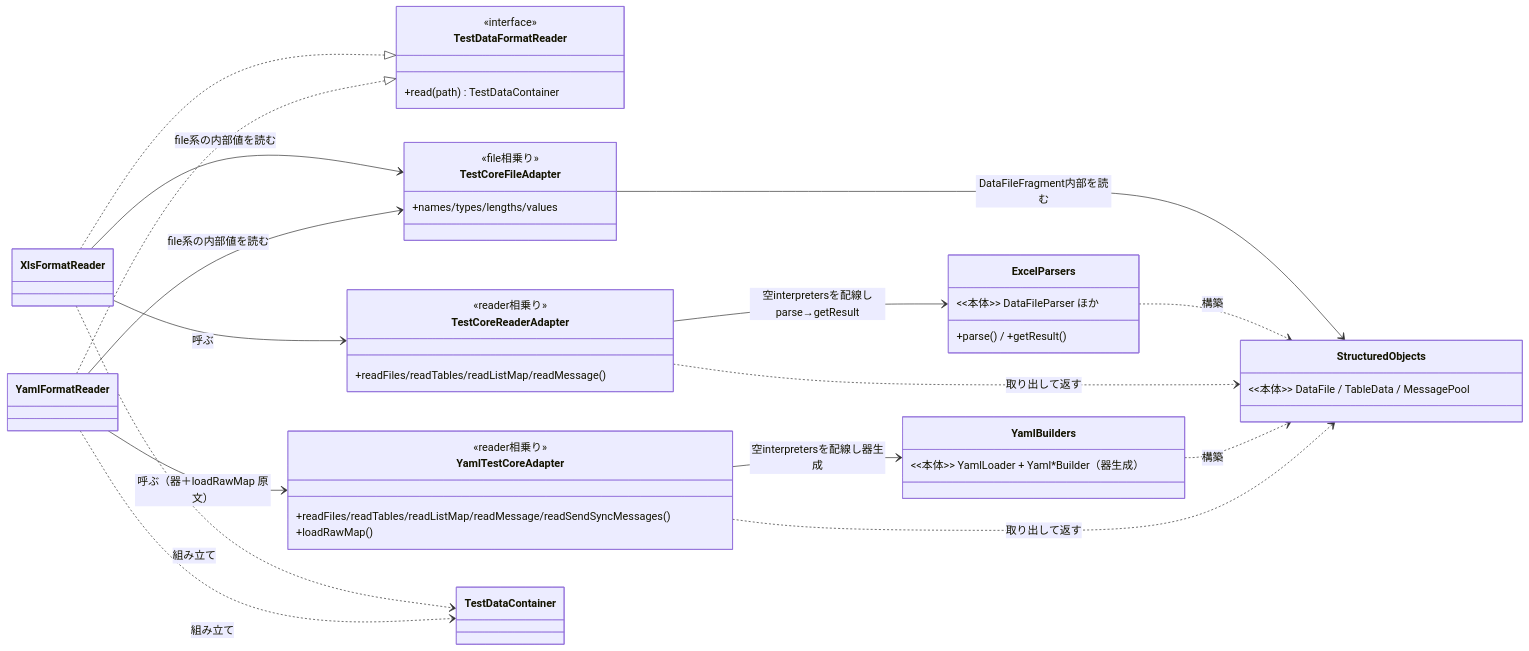
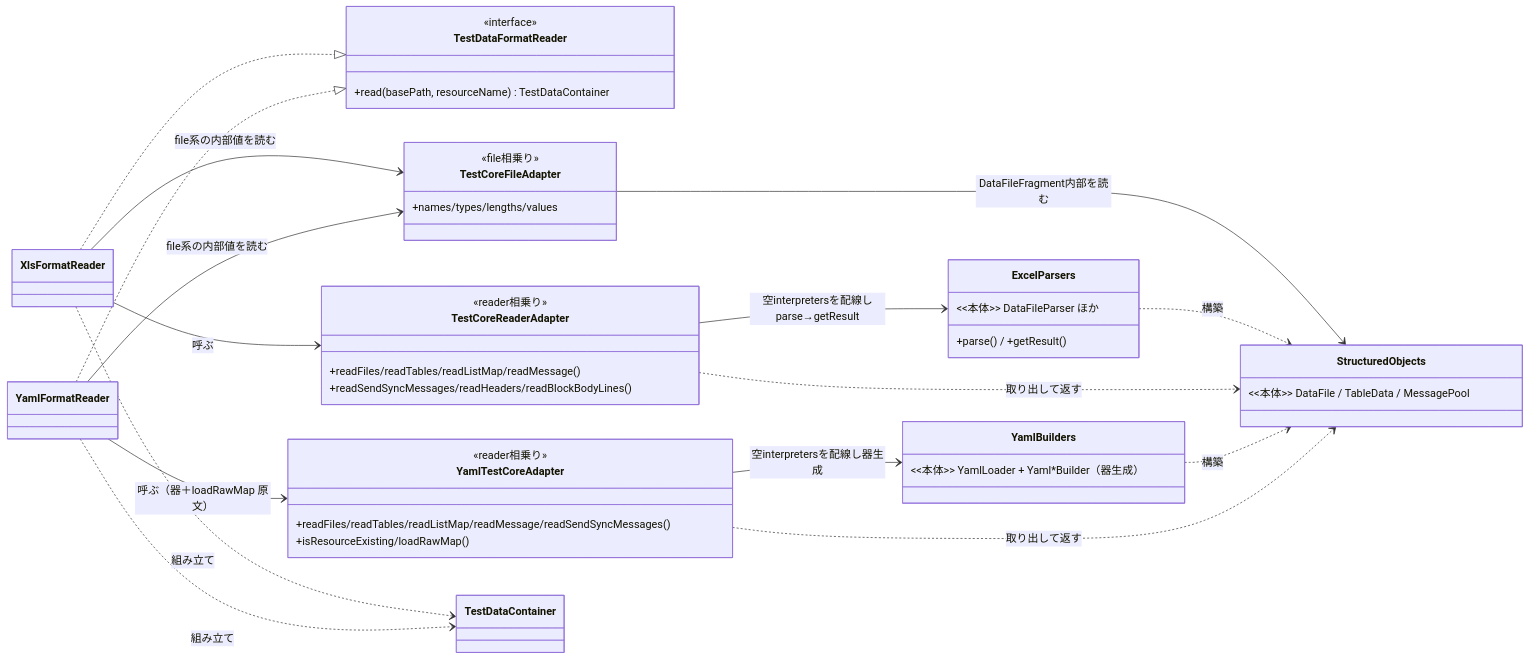
The third of 5 diagrams in docs/pr75/docs/testdata-converter-design.md (nablarch/nablarch-testing), drawn with Mermaid before and after one commit. The commit also changed other lines of this file and 3 other files, not shown here.

````diff
--- a/docs/pr75/docs/testdata-converter-design.md
+++ b/docs/pr75/docs/testdata-converter-design.md
@@ -215,48 +218,49 @@
 ```mermaid
 classDiagram
 direction LR
 class TestDataFormatReader {
   <<interface>>
-  +read(path) TestDataContainer
+  +read(basePath, resourceName) TestDataContainer
 }
 class XlsFormatReader
 class YamlFormatReader
 class TestCoreReaderAdapter {
   <<reader相乗り>>
   +readFiles/readTables/readListMap/readMessage()
+  +readSendSyncMessages/readHeaders/readBlockBodyLines()
 }
 class YamlTestCoreAdapter {
   <<reader相乗り>>
   +readFiles/readTables/readListMap/readMessage/readSendSyncMessages()
-  +loadRawMap()
+  +isResourceExisting/loadRawMap()
 }
 class TestCoreFileAdapter {
   <<file相乗り>>
   +names/types/lengths/values
 }
 class ExcelParsers {
   <<本体>> DataFileParser ほか
   +parse() / +getResult()
 }
 class YamlBuilders {
   <<本体>> YamlLoader + Yaml*Builder（器生成）
 }
 class StructuredObjects {
   <<本体>> DataFile / TableData / MessagePool
 }
 XlsFormatReader ..|> TestDataFormatReader
 YamlFormatReader ..|> TestDataFormatReader
 XlsFormatReader --> TestCoreReaderAdapter : 呼ぶ
 XlsFormatReader --> TestCoreFileAdapter : file系の内部値を読む
 TestCoreReaderAdapter --> ExcelParsers : 空interpretersを配線しparse→getResult
 TestCoreFileAdapter --> StructuredObjects : DataFileFragment内部を読む
 ExcelParsers ..> StructuredObjects : 構築
 TestCoreReaderAdapter ..> StructuredObjects : 取り出して返す
 YamlFormatReader --> YamlTestCoreAdapter : 呼ぶ（器＋loadRawMap 原文）
 YamlFormatReader --> TestCoreFileAdapter : file系の内部値を読む
 YamlTestCoreAdapter --> YamlBuilders : 空interpretersを配線し器生成
 YamlBuilders ..> StructuredObjects : 構築
 YamlTestCoreAdapter ..> StructuredObjects : 取り出して返す
 XlsFormatReader ..> TestDataContainer : 組み立て
 YamlFormatReader ..> TestDataContainer : 組み立て
 ```
````
